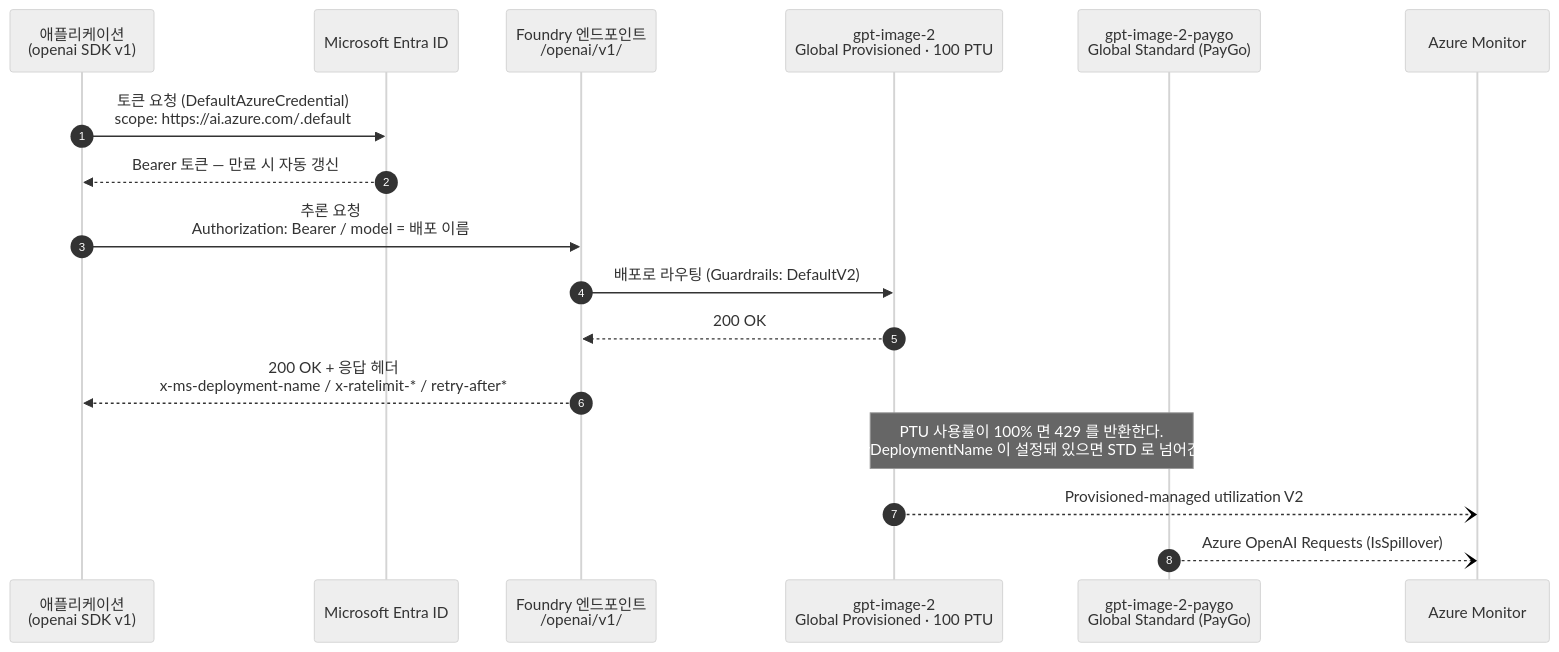
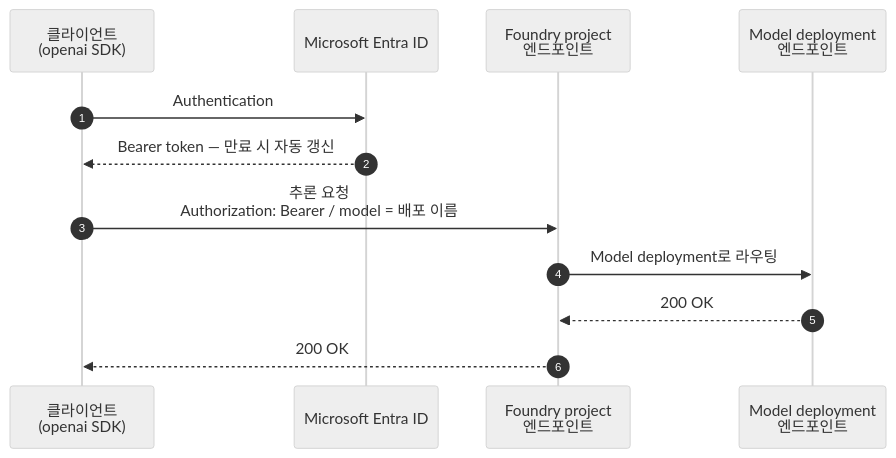
The second of 6 diagrams in README.md (ivorycloud1013/lab-azure-guide-foundry-ptu), drawn with Mermaid (neutral theme) before and after one commit. The commit also changed other lines of this file, not shown here.

````diff
--- a/README.md
+++ b/README.md
@@ -243,20 +201,15 @@
 ```mermaid
 sequenceDiagram
     autonumber
-    participant App as 애플리케이션<br/>(openai SDK v1)
+    participant Client as 클라이언트<br/>(openai SDK)
     participant Entra as Microsoft Entra ID
-    participant EP as Foundry 엔드포인트<br/>/openai/v1/
-    participant PTU as gpt-image-2<br/>Global Provisioned · 100 PTU
-    participant STD as gpt-image-2-paygo<br/>Global Standard (PayGo)
-    participant Mon as Azure Monitor
+    participant EP as Foundry project<br/>엔드포인트
+    participant Deployment as Model deployment<br/>엔드포인트
 
-    App->>Entra: 토큰 요청 (DefaultAzureCredential)<br/>scope: https://ai.azure.com/.default
-    Entra-->>App: Bearer 토큰 — 만료 시 자동 갱신
-    App->>EP: 추론 요청<br/>Authorization: Bearer / model = 배포 이름
-    EP->>PTU: 배포로 라우팅 (Guardrails: DefaultV2)
-    PTU-->>EP: 200 OK
-    EP-->>App: 200 OK + 응답 헤더<br/>x-ms-deployment-name / x-ratelimit-* / retry-after*
-    Note over PTU,STD: PTU 사용률이 100% 면 429 를 반환한다.<br/>spilloverDeploymentName 이 설정돼 있으면 STD 로 넘어간다 (3.4)
-    PTU--)Mon: Provisioned-managed utilization V2
-    STD--)Mon: Azure OpenAI Requests (IsSpillover)
+    Client->>Entra: Authentication
+    Entra-->>Client: Bearer token — 만료 시 자동 갱신
+    Client->>EP: 추론 요청<br/>Authorization: Bearer / model = 배포 이름
+    EP->>Deployment: Model deployment로 라우팅
+    Deployment-->>EP: 200 OK
+    EP-->>Client: 200 OK
 ```
````
